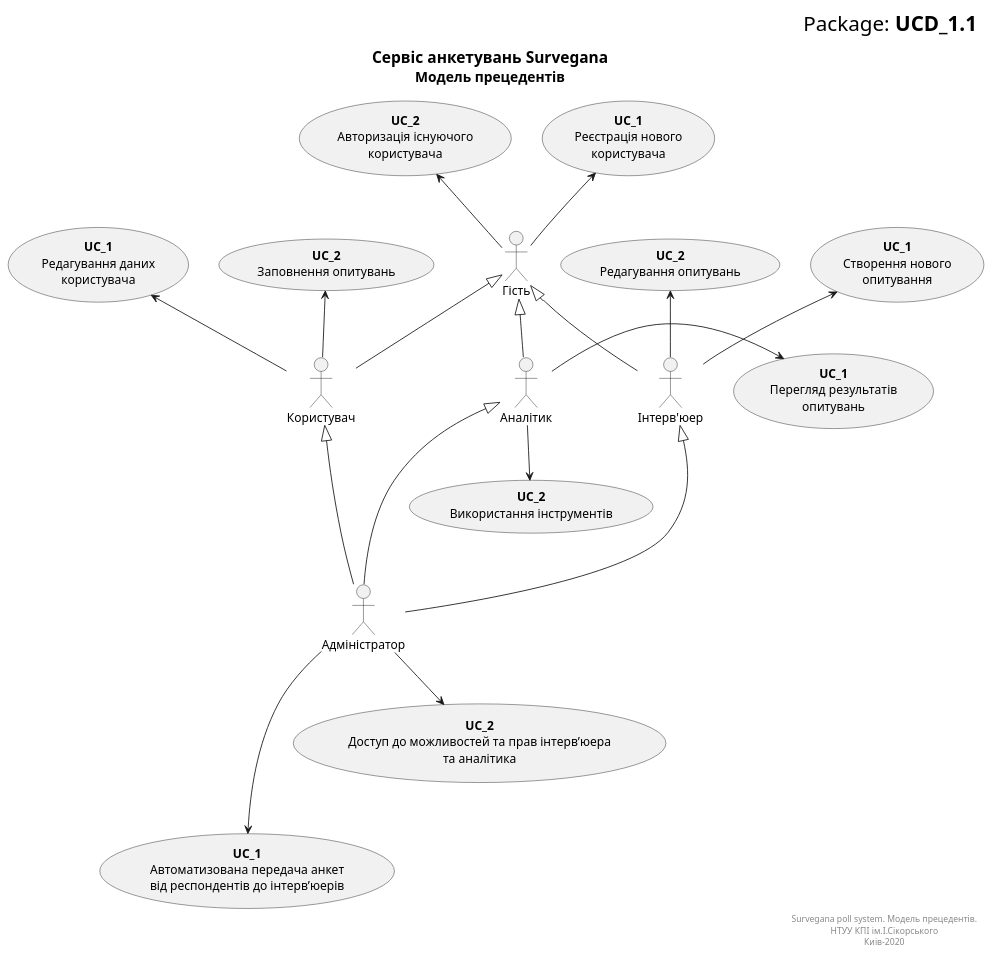
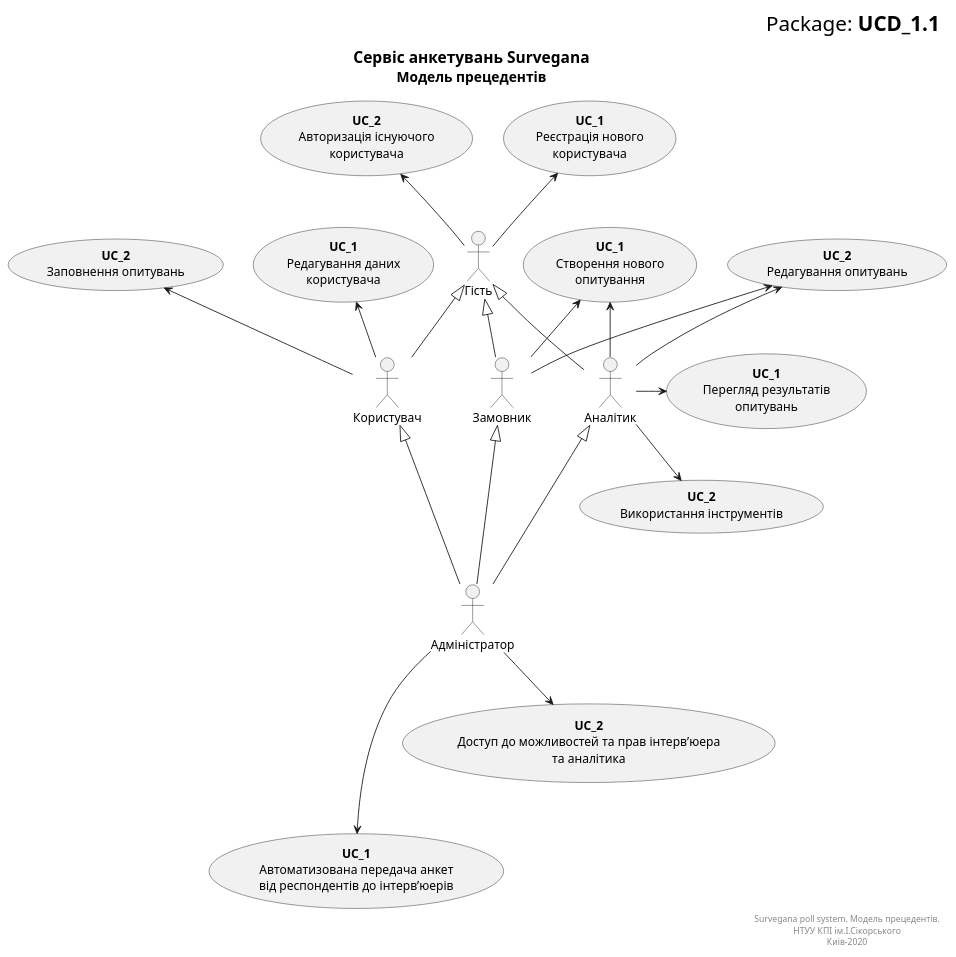
Before and after one commit to NothingIsMatter/database_basics_template: the diagram in src/uml/MainModel.puml, drawn with PlantUML. The commit also changed 1 other file, not shown here.

```diff
--- a/src/uml/MainModel.puml
+++ b/src/uml/MainModel.puml
@@ -1,68 +1,70 @@
 @startuml
 right header
 <font size=24 color=black>Package: <b>UCD_1.1
 end header
 
 title
 <font size=18 color=black>Сервіс анкетувань Survegana
 <font size=16 color=black>Модель прецедентів
 end title
 
 actor "Гість" as Guest
 actor "Користувач" as User
 actor "Аналітик" as Analyst
-actor "Інтерв'юер" as Interviewer
+actor "Замовник" as Customer
 actor "Адміністратор" as Admin
 
 ' UCes for Guest:
 usecase "<b>UC_1</b>\nРеєстрація нового\nкористувача" as UC1_Guest
 usecase "<b>UC_2</b>\nАвторизація існуючого\nкористувача" as UC2_Guest
 
 ' UCes for User:
 usecase "<b>UC_1</b>\nРедагування даних\nкористувача" as UC1_User
 usecase "<b>UC_2</b>\nЗаповнення опитувань" as UC2_User
 
 ' UCes for Analyst:
 usecase "<b>UC_1</b>\nПерегляд результатів\nопитувань" as UC1_Analyst
 usecase "<b>UC_2</b>\nВикористання інструментів" as UC2_Analyst
 
 
-' UCes for Interviewer:
-usecase "<b>UC_1</b>\nСтворення нового\nопитування" as UC1_Interviewer
-usecase "<b>UC_2</b>\nРедагування опитувань" as UC2_Interviewer
+' UCes for Customer:
+usecase "<b>UC_1</b>\nСтворення нового\nопитування" as UC1_Customer
+usecase "<b>UC_2</b>\nРедагування опитувань" as UC2_Customer
 
 ' UCes for Admin:
 usecase "<b>UC_1</b>\nАвтоматизована передача анкет\nвід респондентів до інтерв’юерів" as UC1_Admin
 usecase "<b>UC_2</b>\nДоступ до можливостей та прав інтерв’юера\nта аналітика" as UC2_Admin
 
 ' Actors connections
 User -u-|> Guest
-Interviewer -u-|> Guest
+Customer -u-|> Guest
 Analyst -u-|> Guest
 
 Admin -u--|> User
-Admin -u--|> Interviewer
+Admin -u--|> Customer
 Admin -u--|> Analyst
 
 ' UCes connectios
 Guest -u-> UC1_Guest
 Guest -u-> UC2_Guest
 
 User -u-> UC1_User
 User -u-> UC2_User
 
 Analyst -r-> UC1_Analyst
 Analyst -d-> UC2_Analyst
+Analyst -u-> UC1_Customer
+Analyst -u-> UC2_Customer
 
-Interviewer -u-> UC1_Interviewer
-Interviewer -u-> UC2_Interviewer
+Customer -u-> UC1_Customer
+Customer -u-> UC2_Customer
 
 Admin -d--> UC1_Admin
 Admin -d-> UC2_Admin
 
 right footer
 Survegana poll system. Модель прецедентів.
 НТУУ КПІ ім.І.Сікорського
 Киів-2020
 end footer
 @enduml
```
